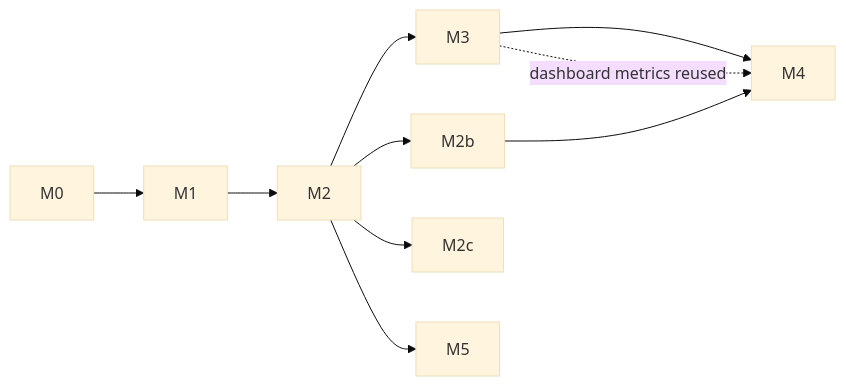
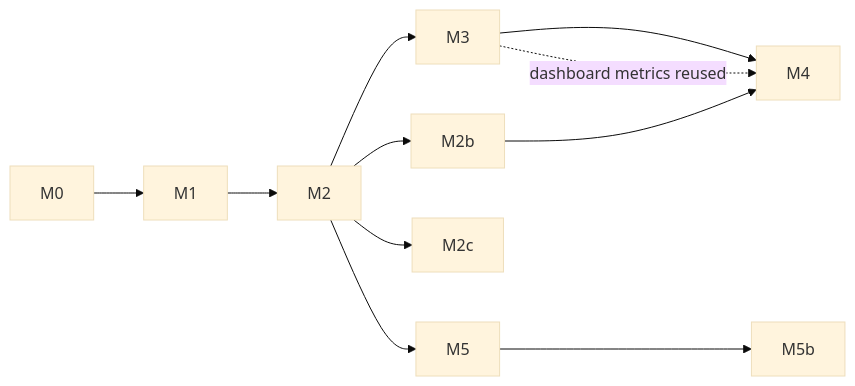
The diagram in docs/plans/README.md (isoloop/isoloop), drawn with Mermaid (base theme) before and after one commit. The commit also changed other lines of this file and 3 other files, not shown here.

````diff
--- a/docs/plans/README.md
+++ b/docs/plans/README.md
@@ -18,8 +19,8 @@
 ```mermaid
 flowchart LR
   M0 --> M1 --> M2 --> M3 --> M4
   M2 --> M2b --> M4
   M2 --> M2c
-  M2 --> M5
+  M2 --> M5 --> M5b
   M3 -. "dashboard metrics reused" .-> M4
 ```
````
